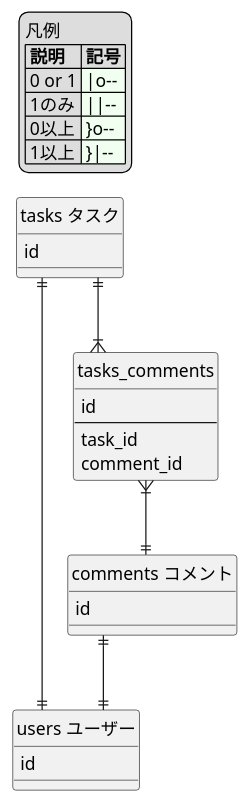
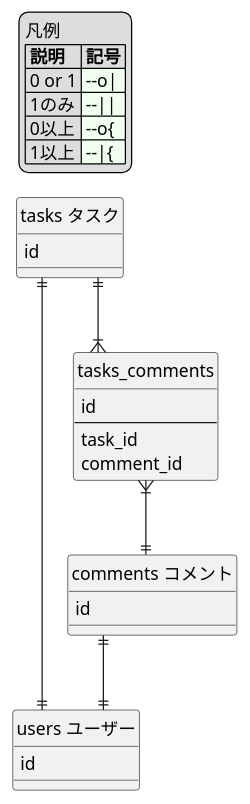
The diagram in docs/internal/er/sample.md (flatring/document-site-using-vuepress), drawn with PlantUML before and after one commit. The commit also changed 4 other files, not shown here.

```diff
--- a/docs/internal/er/sample.md
+++ b/docs/internal/er/sample.md
@@ -10,37 +10,37 @@
 @startuml
 hide circle
 skinparam linetype ortho
 
 legend top left
   凡例
   |= 説明 |= 記号 |
-  | 0 or 1 | <#honeydew> \|o-- |
-  | 1のみ | <#honeydew> \|\|-- |
-  | 0以上 | <#honeydew> }o-- |
-  | 1以上 | <#honeydew> }\|-- |
+  | 0 or 1 | <#honeydew> --o\| |
+  | 1のみ | <#honeydew> --\|\| |
+  | 0以上 | <#honeydew> --o{ |
+  | 1以上 | <#honeydew> --\|{ |
 end legend
 
 entity "users ユーザー" as users {
   id
 }
 
 entity "tasks タスク" as tasks {
   id
 }
 
 entity "tasks_comments" as tasks_comments {
   id
   --
   task_id
   comment_id
 }
 
 entity "comments コメント" as comments {
   id
 }
 
 tasks ||--|{ tasks_comments
 tasks ||--|| users
 tasks_comments }|--|| comments
 comments ||--|| users
 @enduml
```
